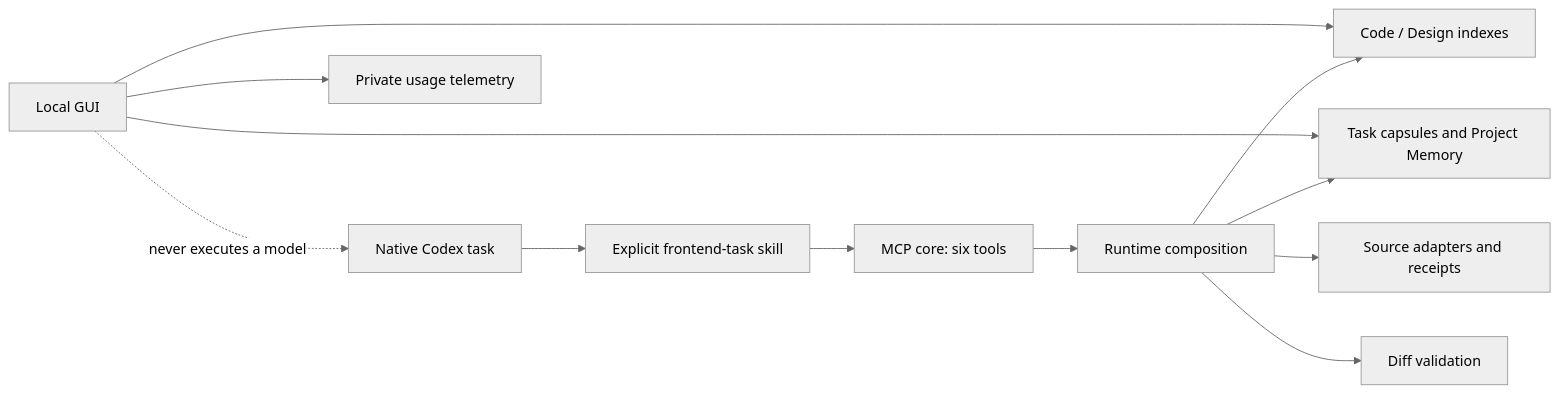
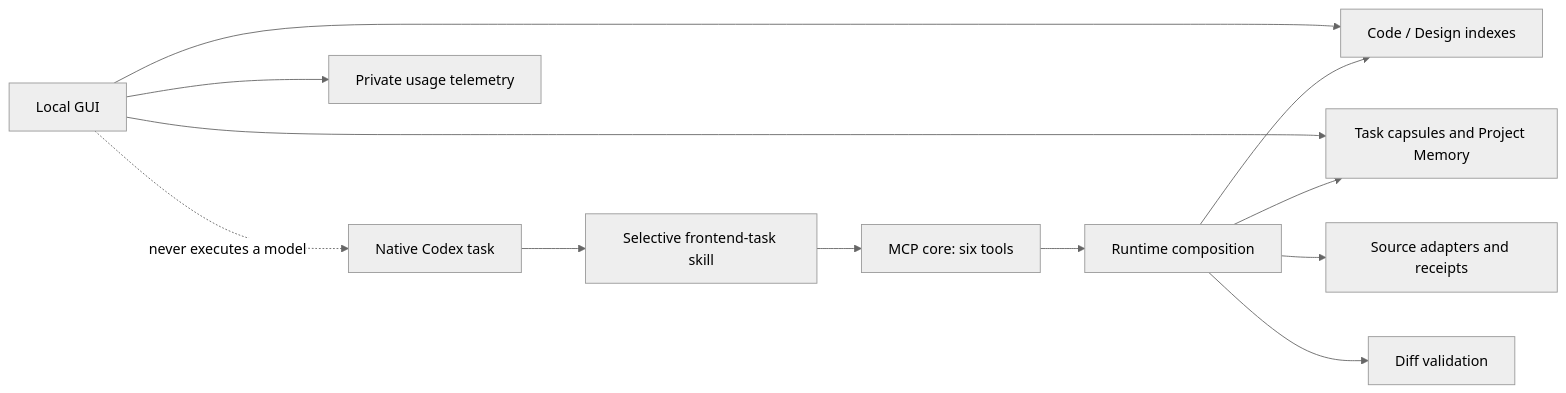
Before and after one commit to jesus-molano/project-atlas: the diagram in docs/architecture.md, drawn with Mermaid (neutral theme). The commit also changed 18 other files, not shown here.

````diff
--- a/docs/architecture.md
+++ b/docs/architecture.md
@@ -5,14 +5,14 @@
 ```mermaid
 flowchart LR
-  C["Native Codex task"] --> S["Explicit frontend-task skill"]
+  C["Native Codex task"] --> S["Selective frontend-task skill"]
   S --> M["MCP core: six tools"]
   M --> R["Runtime composition"]
   R --> I["Code / Design indexes"]
   R --> O["Source adapters and receipts"]
   R --> P["Task capsules and Project Memory"]
   R --> V["Diff validation"]
   G["Local GUI"] --> I
   G --> P
   G --> T["Private usage telemetry"]
   G -. "never executes a model" .-> C
 ```
````
